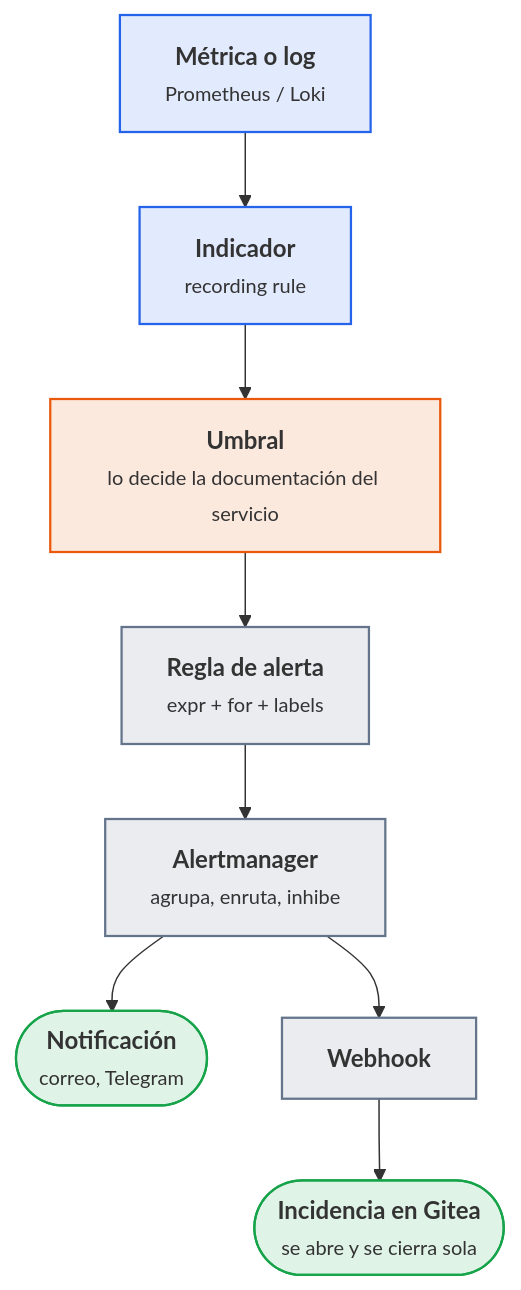
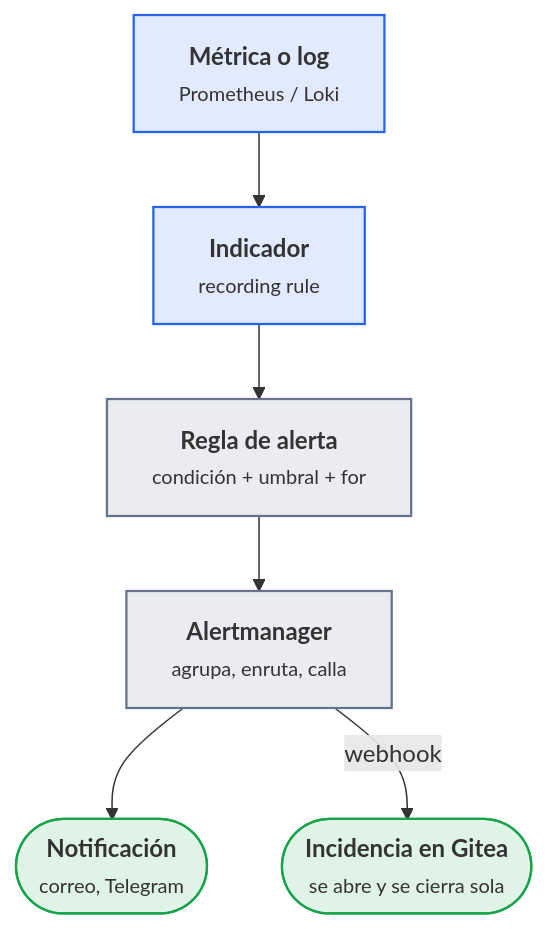
The first of 4 diagrams in docs/ut/ut2-alarmas.md (victor-educ/apuntes-5169), drawn with Mermaid before and after one commit. The commit also changed other lines of this file and 3 other files, not shown here.

````diff
--- a/docs/ut/ut2-alarmas.md
+++ b/docs/ut/ut2-alarmas.md
@@ -21,20 +21,15 @@
 ```mermaid
 flowchart TB
     M["<b>Métrica o log</b><br><small>Prometheus / Loki</small>"]:::dato
     I["<b>Indicador</b><br><small>recording rule</small>"]:::dato
-    U["<b>Umbral</b><br><small>lo decide la documentación del servicio</small>"]:::act
-    R["<b>Regla de alerta</b><br><small>expr + for + labels</small>"]:::pieza
-    AM["<b>Alertmanager</b><br><small>agrupa, enruta, inhibe</small>"]:::pieza
+    R["<b>Regla de alerta</b><br><small>condición + umbral + for</small>"]:::pieza
+    AM["<b>Alertmanager</b><br><small>agrupa, enruta, calla</small>"]:::pieza
     N(["<b>Notificación</b><br><small>correo, Telegram</small>"]):::ok
-    W["<b>Webhook</b>"]:::pieza
     T(["<b>Incidencia en Gitea</b><br><small>se abre y se cierra sola</small>"]):::ok
-    M --> I --> U --> R --> AM
+    M --> I --> R --> AM
     AM --> N
-    AM --> W --> T
-    classDef act fill:#ea580c22,stroke:#ea580c,stroke-width:1.5px
+    AM -- "webhook" --> T
     classDef pieza fill:#64748b22,stroke:#64748b,stroke-width:1.5px
     classDef dato fill:#2563eb22,stroke:#2563eb,stroke-width:1.5px
-    classDef infra fill:#a1a1aa14,stroke:#a1a1aa,stroke-width:1.5px
     classDef ok fill:#16a34a22,stroke:#16a34a,stroke-width:1.5px
-    classDef riesgo fill:#dc262622,stroke:#dc2626,stroke-width:1.5px
 ```
````
